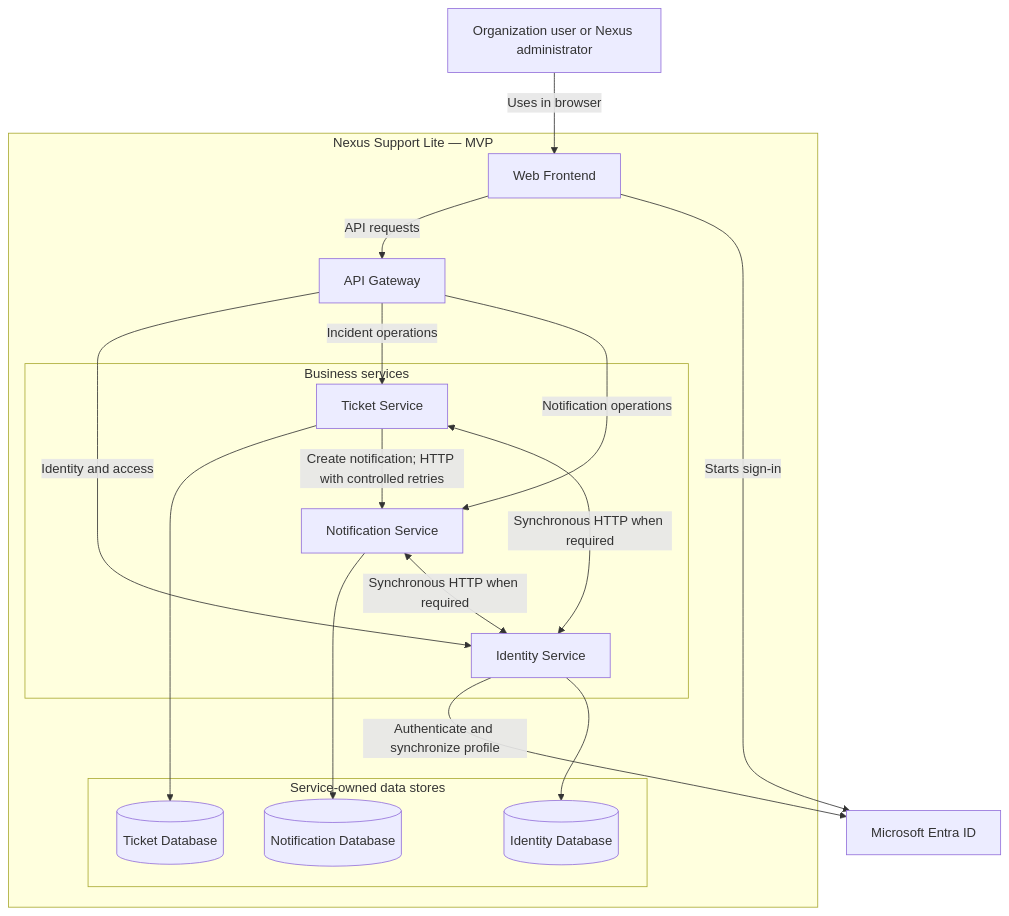
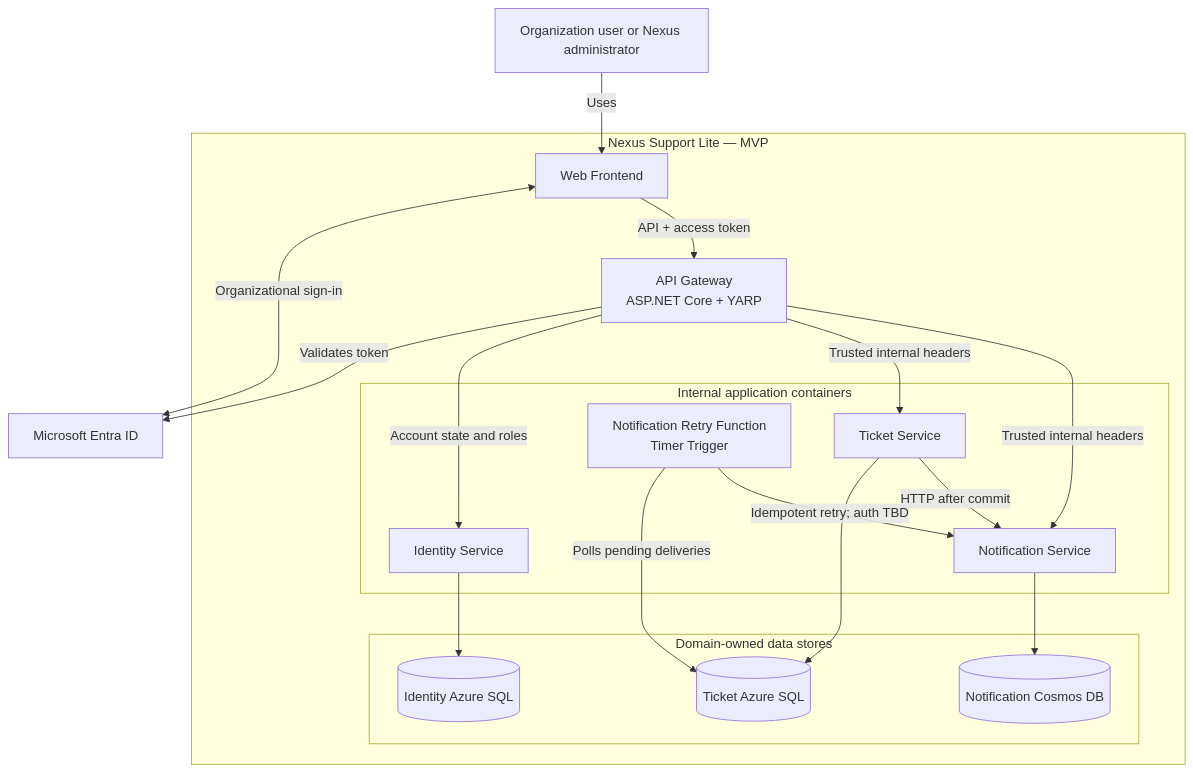
Before and after one commit to LuisiitoDev/nexus-ai-support-lite: the diagram in docs/CONTAINER_DIAGRAM.md, drawn with Mermaid. The commit also changed other lines of this file, not shown here.

Commit message:
docs: synchronize C4 container diagram with architecture decisions

````diff
--- a/docs/CONTAINER_DIAGRAM.md
+++ b/docs/CONTAINER_DIAGRAM.md
@@ -45,38 +50,37 @@
 ```mermaid
 flowchart TB
     User["Organization user or Nexus administrator"]
-    Frontend["Web Frontend"]
-    Gateway["API Gateway"]
     Entra["Microsoft Entra ID"]
 
     subgraph Nexus["Nexus Support Lite — MVP"]
-        Frontend
-        Gateway
+        Frontend["Web Frontend"]
+        Gateway["API Gateway<br/>ASP.NET Core + YARP"]
 
-        subgraph Services["Business services"]
+        subgraph Services["Internal application containers"]
             Identity["Identity Service"]
             Tickets["Ticket Service"]
             Notifications["Notification Service"]
+            Retry["Notification Retry Function<br/>Timer Trigger"]
         end
 
-        subgraph Data["Service-owned data stores"]
-            IdentityDB[("Identity Database")]
-            TicketDB[("Ticket Database")]
-            NotificationDB[("Notification Database")]
+        subgraph Data["Domain-owned data stores"]
+            IdentityDB[("Identity Azure SQL")]
+            TicketDB[("Ticket Azure SQL")]
+            NotificationDB[("Notification Cosmos DB")]
         end
     end
 
-    User -->|"Uses in browser"| Frontend
-    Frontend -->|"API requests"| Gateway
-    Frontend -->|"Starts sign-in"| Entra
-    Gateway -->|"Identity and access"| Identity
-    Gateway -->|"Incident operations"| Tickets
-    Gateway -->|"Notification operations"| Notifications
-    Identity -->|"Authenticate and synchronize profile"| Entra
+    User -->|"Uses"| Frontend
+    Frontend <-->|"Organizational sign-in"| Entra
+    Frontend -->|"API + access token"| Gateway
+    Gateway -->|"Validates token"| Entra
+    Gateway -->|"Account state and roles"| Identity
+    Gateway -->|"Trusted internal headers"| Tickets
+    Gateway -->|"Trusted internal headers"| Notifications
     Identity --> IdentityDB
     Tickets --> TicketDB
     Notifications --> NotificationDB
-    Tickets -->|"Create notification; HTTP with controlled retries"| Notifications
-    Tickets <-->|"Synchronous HTTP when required"| Identity
-    Notifications <-->|"Synchronous HTTP when required"| Identity
+    Tickets -->|"HTTP after commit"| Notifications
+    Retry -->|"Polls pending deliveries"| TicketDB
+    Retry -->|"Idempotent retry; auth TBD"| Notifications
 ```
````
